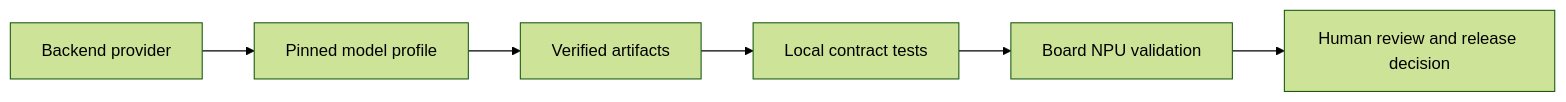
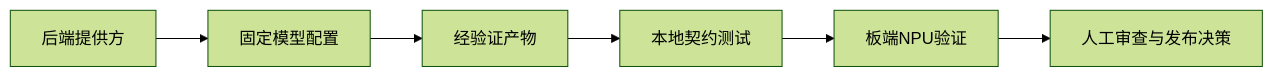
Before and after one commit to zhouxzh/Ascend310: the diagram in samples/case9/docs/05-extension-guide.md, drawn with Mermaid (forest theme). The commit also changed other lines of this file and 86 other files, not shown here.

````diff
--- a/samples/case9/docs/05-extension-guide.md
+++ b/samples/case9/docs/05-extension-guide.md
@@ -13,11 +7,11 @@
 ```mermaid
 flowchart LR
-    accTitle: Controlled extension workflow
-    accDescr: A new model passes source, artifact, and board gates before it can enter the controlled teaching selector and later be promoted into a release profile.
+    accTitle: 受控扩展流程
+    accDescr: 新模型必须先通过源码、产物和板端门禁，才能进入受控教学选择器，并在之后晋升为发布配置。
 
-    provider["Backend provider"] --> profile["Pinned model profile"]
-    profile --> artifacts["Verified artifacts"]
-    artifacts --> tests["Local contract tests"]
-    tests --> board["Board NPU validation"]
-    board --> review["Human review and release decision"]
+    provider["后端提供方"] --> profile["固定模型配置"]
+    profile --> artifacts["经验证产物"]
+    artifacts --> tests["本地契约测试"]
+    tests --> board["板端NPU验证"]
+    board --> review["人工审查与发布决策"]
 ```
````
